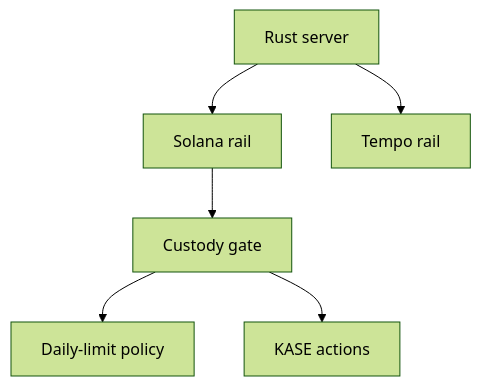
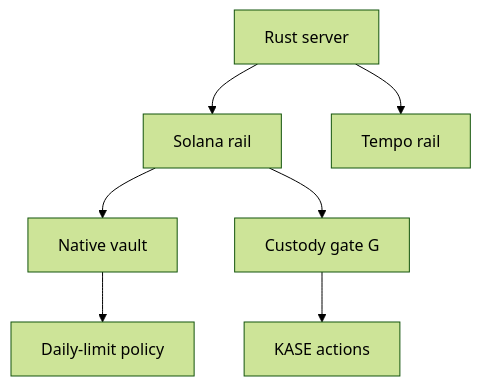
The seventh of 8 diagrams in docs/architecture.md (AllowIt-hq/Colosseum), drawn with Mermaid (forest theme) before and after one commit. The commit also changed other lines of this file and 1 other file, not shown here.

Commit message:
Align operation namespaces and custody architecture

````diff
--- a/docs/architecture.md
+++ b/docs/architecture.md
@@ -165,8 +179,9 @@
 ```mermaid
 flowchart TB
     Server[Rust server] --> Sol[Solana rail]
     Server --> Tempo[Tempo rail]
-    Sol --> Gate[Custody gate]
-    Gate --> Daily[Daily-limit policy]
+    Sol --> Native[Native vault]
+    Native --> Daily[Daily-limit policy]
+    Sol --> Gate[Custody gate G]
     Gate --> KASE[KASE actions]
 ```
````
